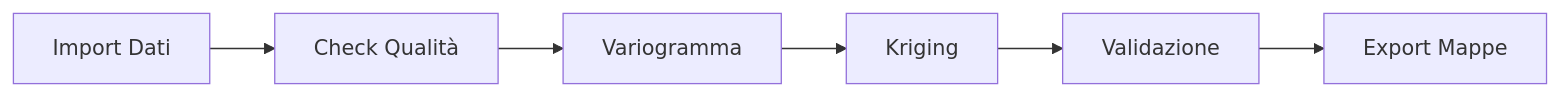
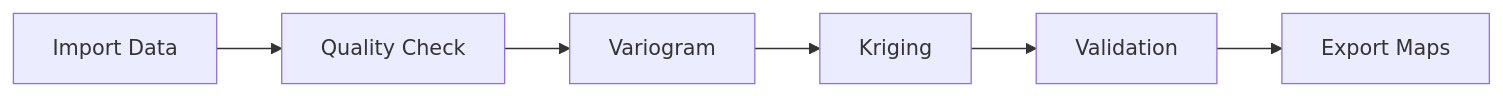
The diagram in README.md (enzococca/GeoArchaeo), drawn with Mermaid before and after one commit. The commit also changed other lines of this file, not shown here.

````diff
--- a/README.md
+++ b/README.md
@@ -134,8 +132,8 @@
 ```mermaid
 graph LR
-    A[Import Dati] --> B[Check Qualità]
-    B --> C[Variogramma]
+    A[Import Data] --> B[Quality Check]
+    B --> C[Variogram]
     C --> D[Kriging]
-    D --> E[Validazione]
-    E --> F[Export Mappe]
+    D --> E[Validation]
+    E --> F[Export Maps]
 ```
````
